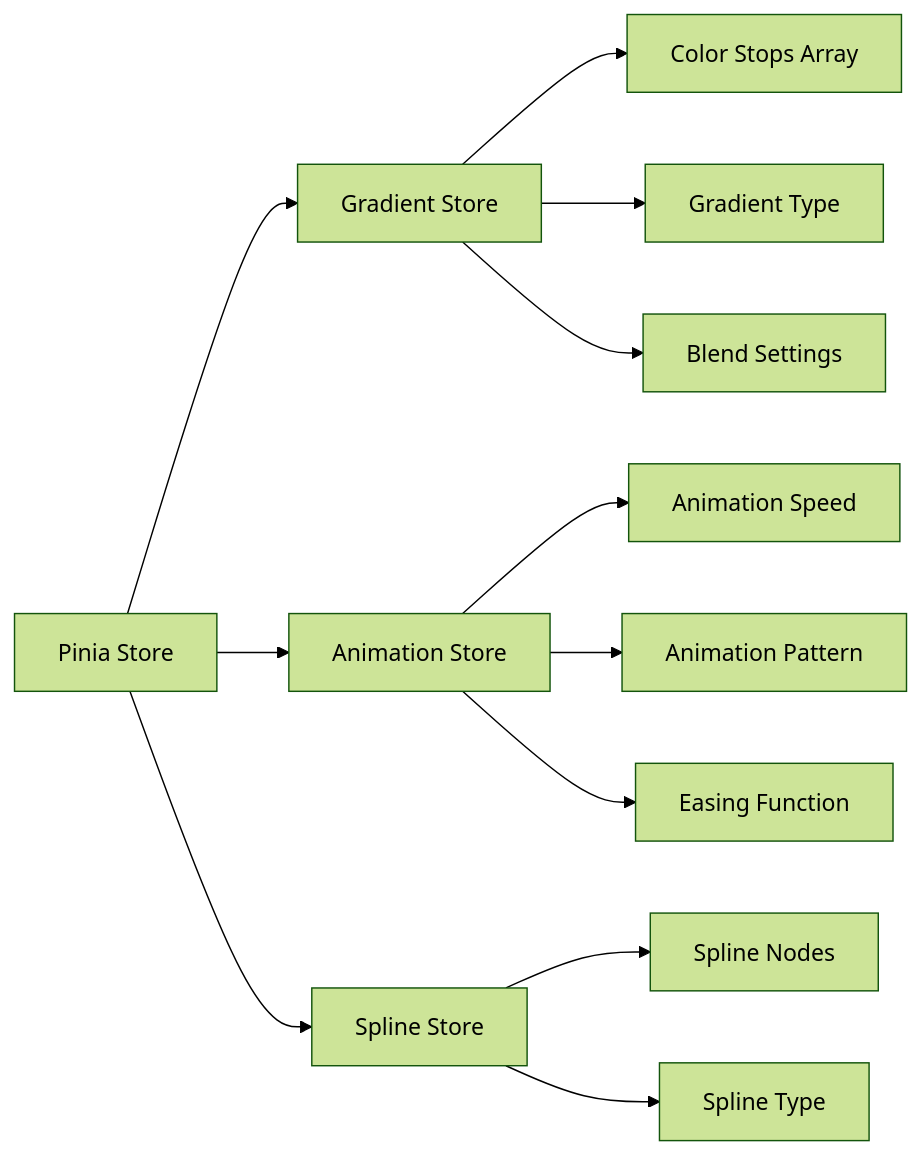
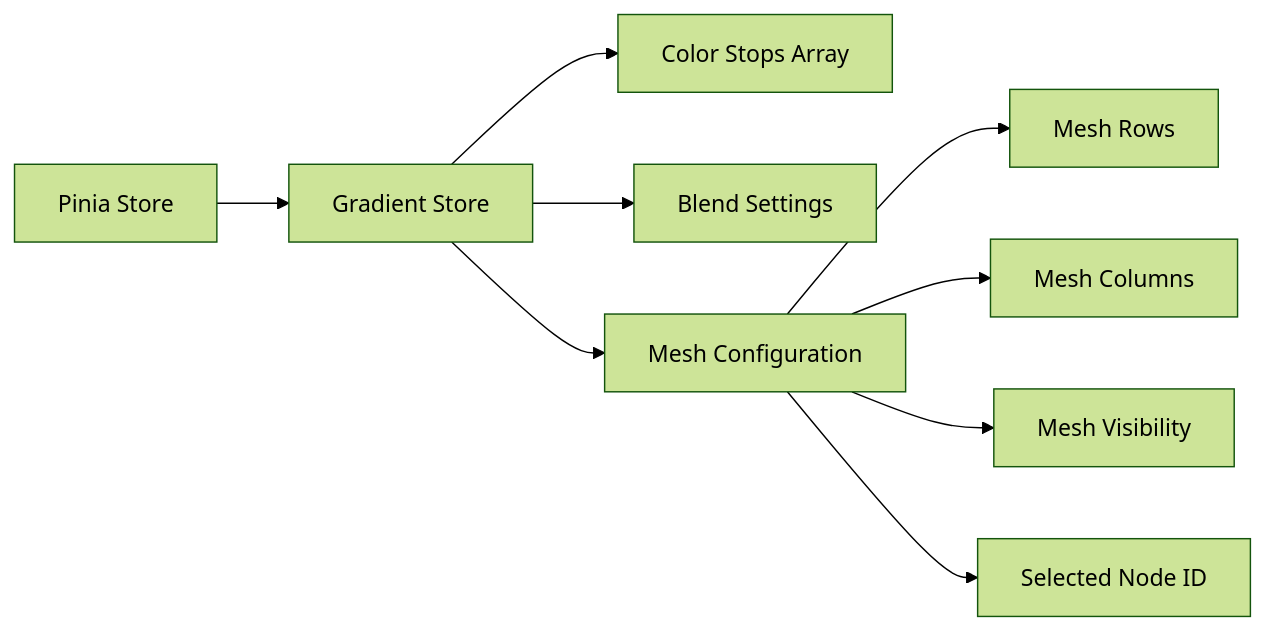
One commit to sjeibmann/Vue-P5js-Gradient-App changed the second of 4 diagrams in cline_docs/systemPatterns.md. Above: the diagram before and after it, drawn with Mermaid (forest theme). The commit also changed other lines of this file and 3 other files, not shown here.

Commit message:
converting to gradient mesh

````diff
--- a/cline_docs/systemPatterns.md
+++ b/cline_docs/systemPatterns.md
@@ -96,17 +88,13 @@
 ```mermaid
 flowchart LR
     Store[Pinia Store] --> GradientStore[Gradient Store]
-    Store --> AnimationStore[Animation Store]
-    Store --> SplineStore[Spline Store]
     
     GradientStore --> ColorStops[Color Stops Array]
-    GradientStore --> GradientType[Gradient Type]
     GradientStore --> BlendSettings[Blend Settings]
+    GradientStore --> MeshConfig[Mesh Configuration]
     
-    AnimationStore --> Speed[Animation Speed]
-    AnimationStore --> Pattern[Animation Pattern]
-    AnimationStore --> Easing[Easing Function]
-    
-    SplineStore --> Nodes[Spline Nodes]
-    SplineStore --> SplineType[Spline Type]
+    MeshConfig --> MeshRows[Mesh Rows]
+    MeshConfig --> MeshColumns[Mesh Columns]
+    MeshConfig --> MeshVisibility[Mesh Visibility]
+    MeshConfig --> SelectedNodeId[Selected Node ID]
 ```
````
